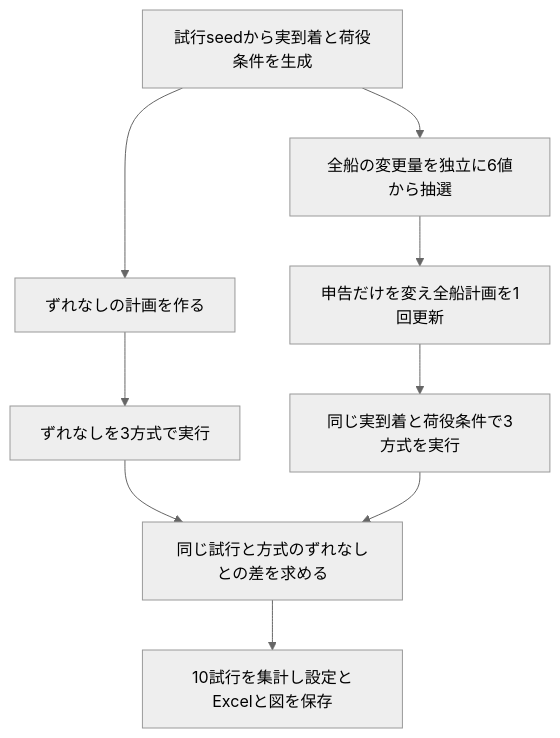
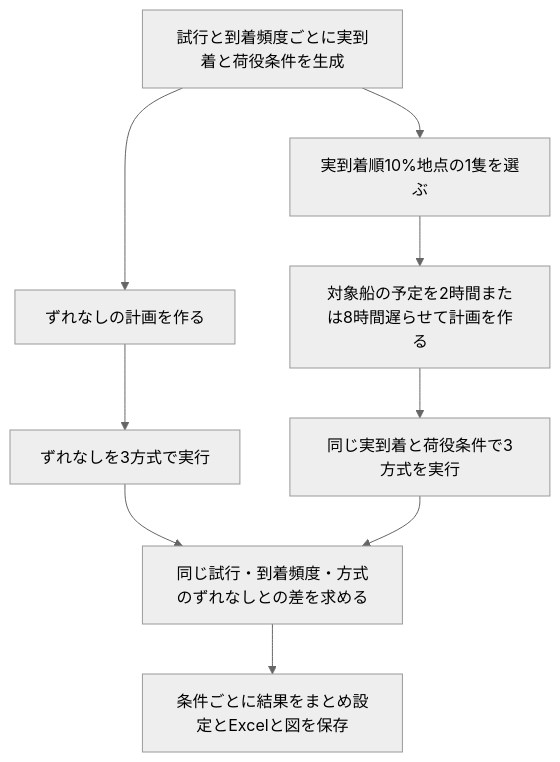
The diagram in docs/実装説明.md (ryusukeke/thesis), drawn with Mermaid (neutral theme) before and after one commit. The commit also changed other lines of this file and 18 other files, not shown here.

````diff
--- a/docs/実装説明.md
+++ b/docs/実装説明.md
@@ -11,11 +11,11 @@
 ```mermaid
 flowchart TD
-    A[試行seedから実到着と荷役条件を生成] --> B[ずれなしの計画を作る]
-    A --> C[全船の変更量を独立に6値から抽選]
-    C --> D[申告だけを変え全船計画を1回更新]
+    A[試行と到着頻度ごとに実到着と荷役条件を生成] --> B[ずれなしの計画を作る]
+    A --> C[実到着順10%地点の1隻を選ぶ]
+    C --> D[対象船の予定を2時間または8時間遅らせて計画を作る]
     B --> E[ずれなしを3方式で実行]
     D --> F[同じ実到着と荷役条件で3方式を実行]
-    E --> G[同じ試行と方式のずれなしとの差を求める]
+    E --> G[同じ試行・到着頻度・方式のずれなしとの差を求める]
     F --> G
-    G --> H[10試行を集計し設定とExcelと図を保存]
+    G --> H[条件ごとに結果をまとめ設定とExcelと図を保存]
 ```
````
